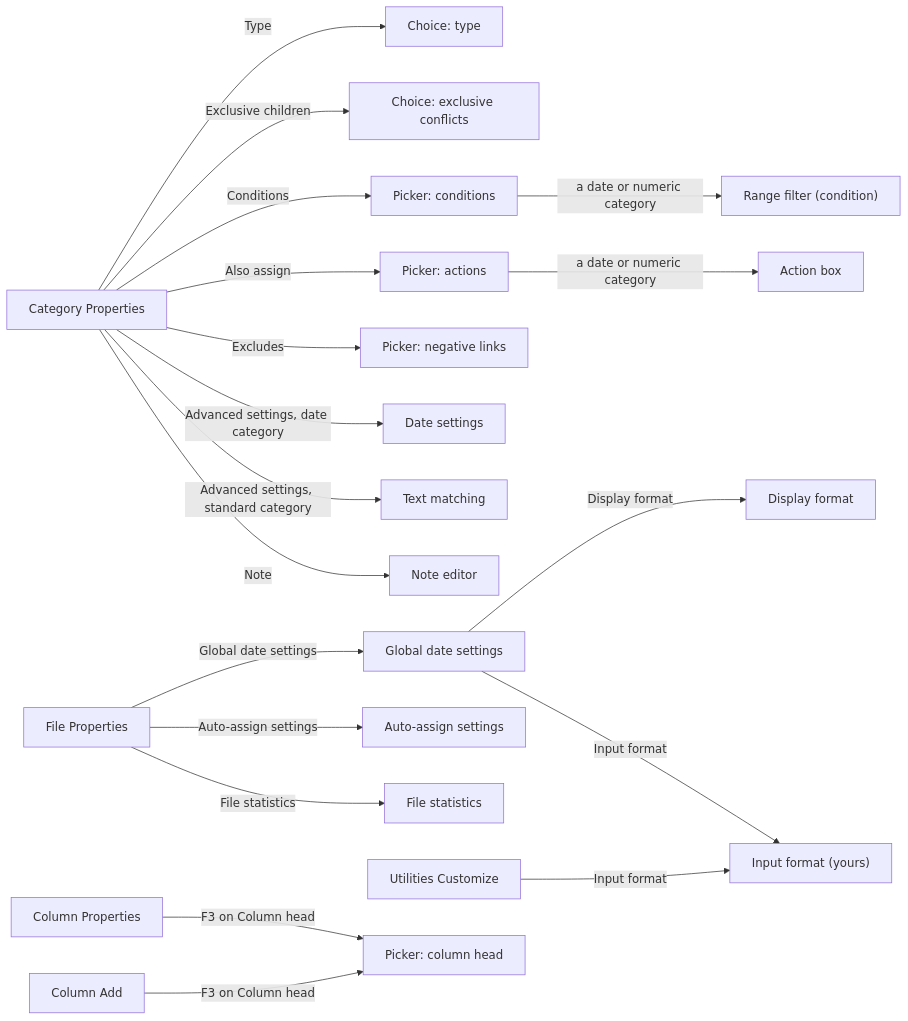
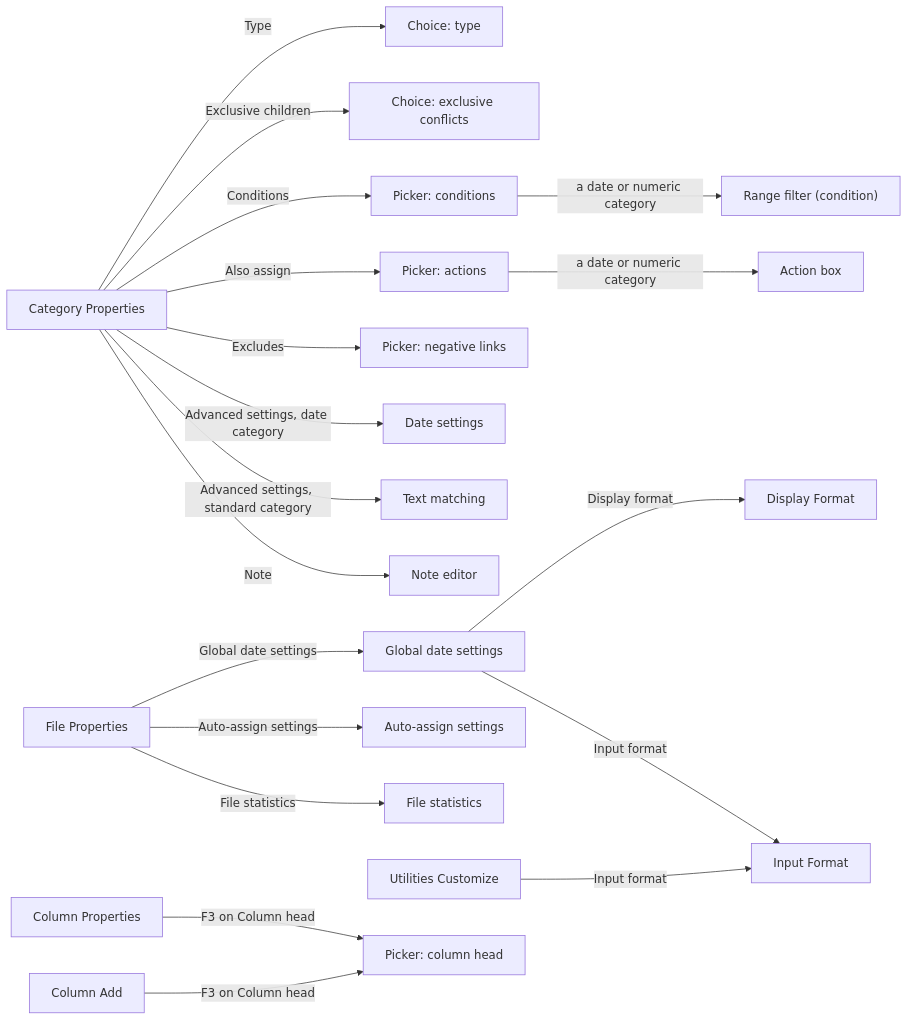
The second of 2 diagrams in docs/SCREENS.md (jamting/agendum), drawn with Mermaid before and after one commit. The commit also changed 11 other files, not shown here.

Commit message:
Four more titles as Agenda's: Display Format, Input Format, Macro Properties, Search

````diff
--- a/docs/SCREENS.md
+++ b/docs/SCREENS.md
@@ -54,24 +54,24 @@
 ```mermaid
 flowchart LR
     CatProps["Category Properties"]
     CatProps -- "Type" --> TypeChoice["Choice: type"]
     CatProps -- "Exclusive children" --> ExclChoice["Choice: exclusive conflicts"]
     CatProps -- "Conditions" --> CondPicker["Picker: conditions"]
     CondPicker -- "a date or numeric category" --> RangeCond["Range filter (condition)"]
     CatProps -- "Also assign" --> AssignPicker["Picker: actions"]
     AssignPicker -- "a date or numeric category" --> Action["Action box"]
     CatProps -- "Excludes" --> ExclPicker["Picker: negative links"]
     CatProps -- "Advanced settings, date category" --> DateRule["Date settings"]
     CatProps -- "Advanced settings, standard category" --> CatMatch["Text matching"]
     CatProps -- "Note" --> Note["Note editor"]
     FileProps["File Properties"]
     FileProps -- "Global date settings" --> DateSettings["Global date settings"]
-    DateSettings -- "Display format" --> DisplayFormat["Display format"]
-    DateSettings -- "Input format" --> InputFormat["Input format (yours)"]
+    DateSettings -- "Display format" --> DisplayFormat["Display Format"]
+    DateSettings -- "Input format" --> InputFormat["Input Format"]
     FileProps -- "Auto-assign settings" --> AutoAssign["Auto-assign settings"]
     FileProps -- "File statistics" --> FileStats["File statistics"]
     Customize["Utilities Customize"] -- "Input format" --> InputFormat
     ColProps["Column Properties"]
     ColProps -- "F3 on Column head" --> ColHead["Picker: column head"]
     ColAdd["Column Add"] -- "F3 on Column head" --> ColHead
 ```
````
